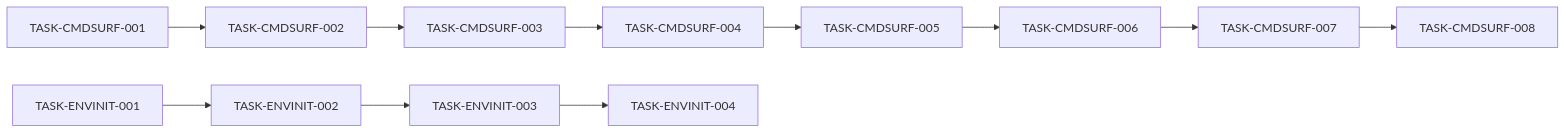
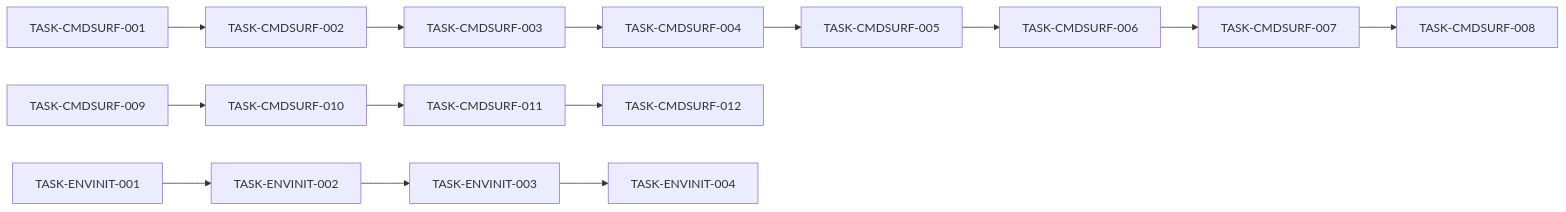
One commit to hollisyao2024/PromptsEngineering changed the diagram in docs/data/task-dependency-matrix.md. Above: the diagram before and after it, drawn with Mermaid. The commit also changed other lines of this file and 19 other files, not shown here.

````diff
--- a/docs/data/task-dependency-matrix.md
+++ b/docs/data/task-dependency-matrix.md
@@ -15,13 +18,16 @@
 ```mermaid
 flowchart LR
   T1[TASK-CMDSURF-001] --> T2[TASK-CMDSURF-002]
   T2 --> T3[TASK-CMDSURF-003]
   T3 --> T4[TASK-CMDSURF-004]
   T4 --> T5[TASK-CMDSURF-005]
   T5 --> T6[TASK-CMDSURF-006]
   T6 --> T7[TASK-CMDSURF-007]
   T7 --> T8[TASK-CMDSURF-008]
+  C9[TASK-CMDSURF-009] --> C10[TASK-CMDSURF-010]
+  C10 --> C11[TASK-CMDSURF-011]
+  C11 --> C12[TASK-CMDSURF-012]
   E1[TASK-ENVINIT-001] --> E2[TASK-ENVINIT-002]
   E2 --> E3[TASK-ENVINIT-003]
   E3 --> E4[TASK-ENVINIT-004]
 ```
````
